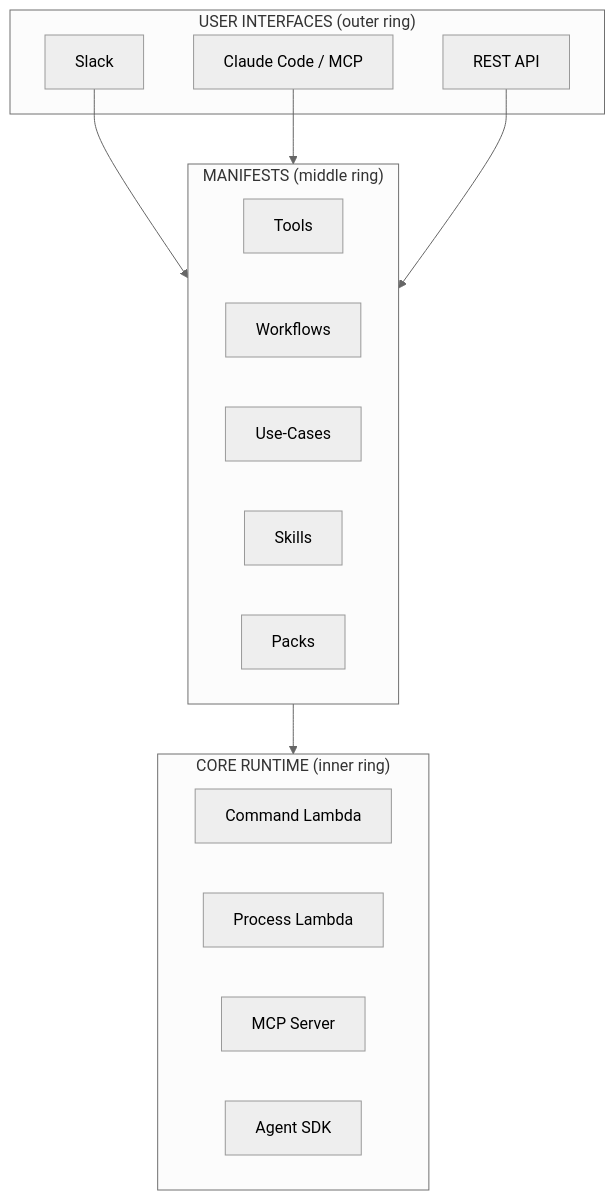
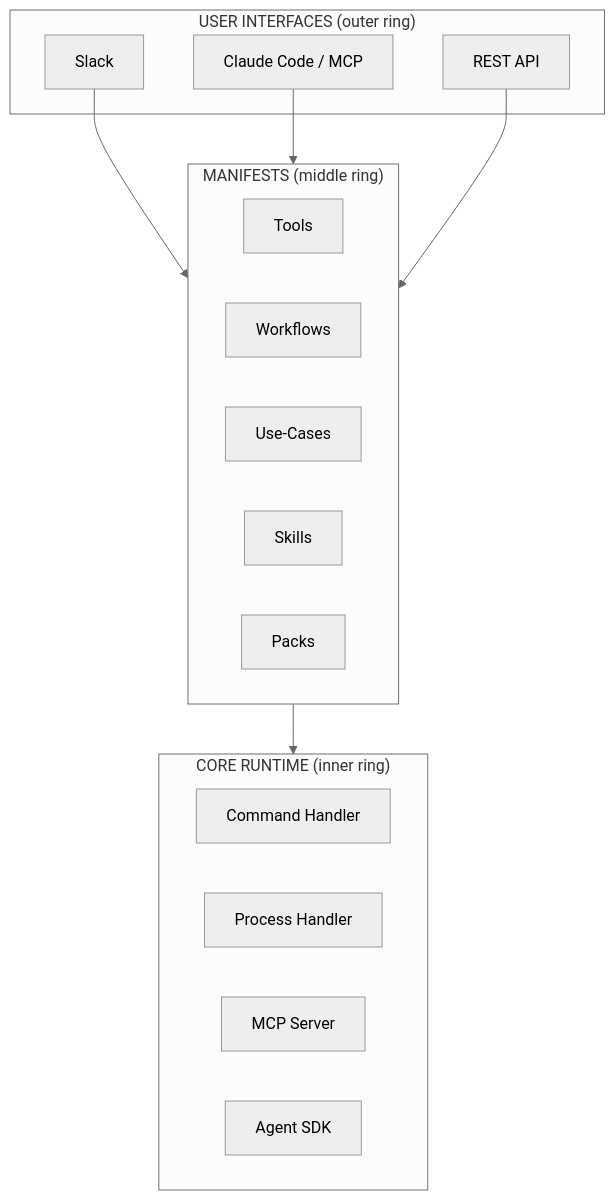
One commit to phbruce/agentrun changed the first of 31 diagrams in docs/book/agentrun-book.md. Above: the diagram before and after it, drawn with Mermaid (neutral theme). The commit also changed other lines of this file, not shown here.

````diff
--- a/docs/book/agentrun-book.md
+++ b/docs/book/agentrun-book.md
@@ -134,31 +134,31 @@
 ```mermaid
 flowchart TB
     subgraph INTERFACES["USER INTERFACES (outer ring)"]
         Slack["Slack"]
         Claude["Claude Code / MCP"]
         API["REST API"]
     end
 
     subgraph MANIFESTS["MANIFESTS (middle ring)"]
         Tools["Tools"]
         Workflows["Workflows"]
         UseCases["Use-Cases"]
         Skills["Skills"]
         Packs["Packs"]
     end
 
     subgraph CORE["CORE RUNTIME (inner ring)"]
-        CmdLambda["Command Lambda"]
-        ProcLambda["Process Lambda"]
+        CmdLambda["Command Handler"]
+        ProcLambda["Process Handler"]
         MCPServer["MCP Server"]
         AgentSDK["Agent SDK"]
     end
 
     Slack --> MANIFESTS
     Claude --> MANIFESTS
     API --> MANIFESTS
     MANIFESTS --> CORE
 
     %% extension: Interfaces --> Manifests --> Core (packs add)
     %% execution: Core --> Manifests --> Interfaces (runtime delivers)
 ```
````
